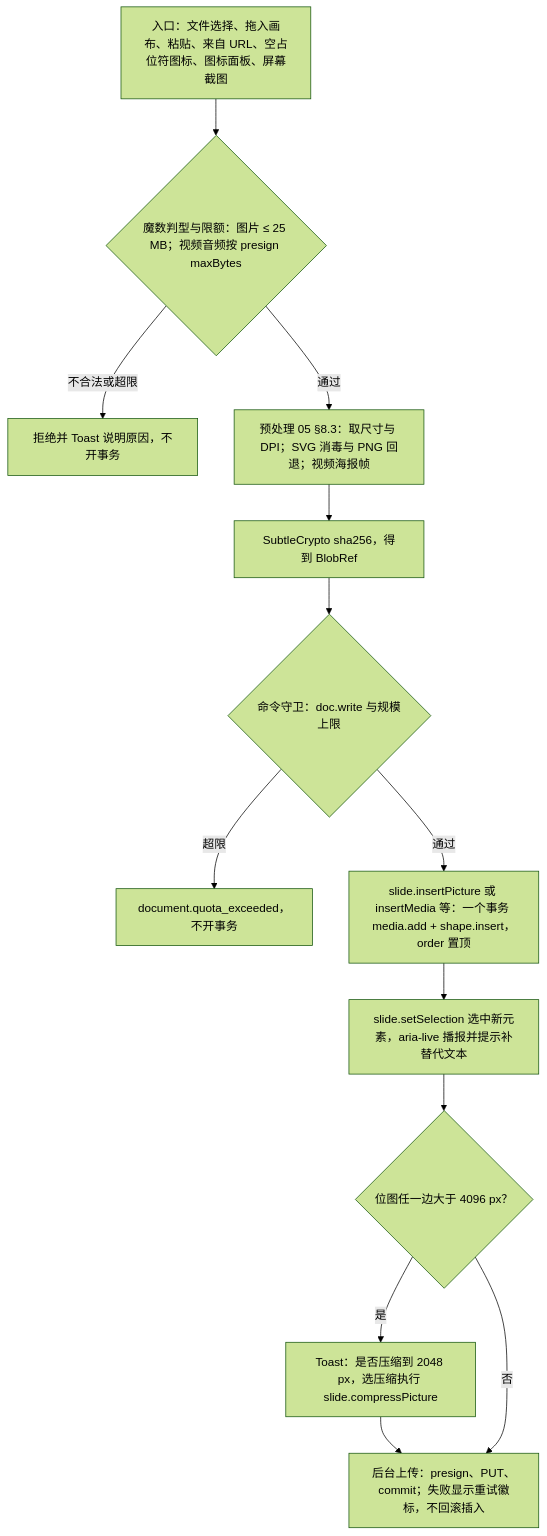
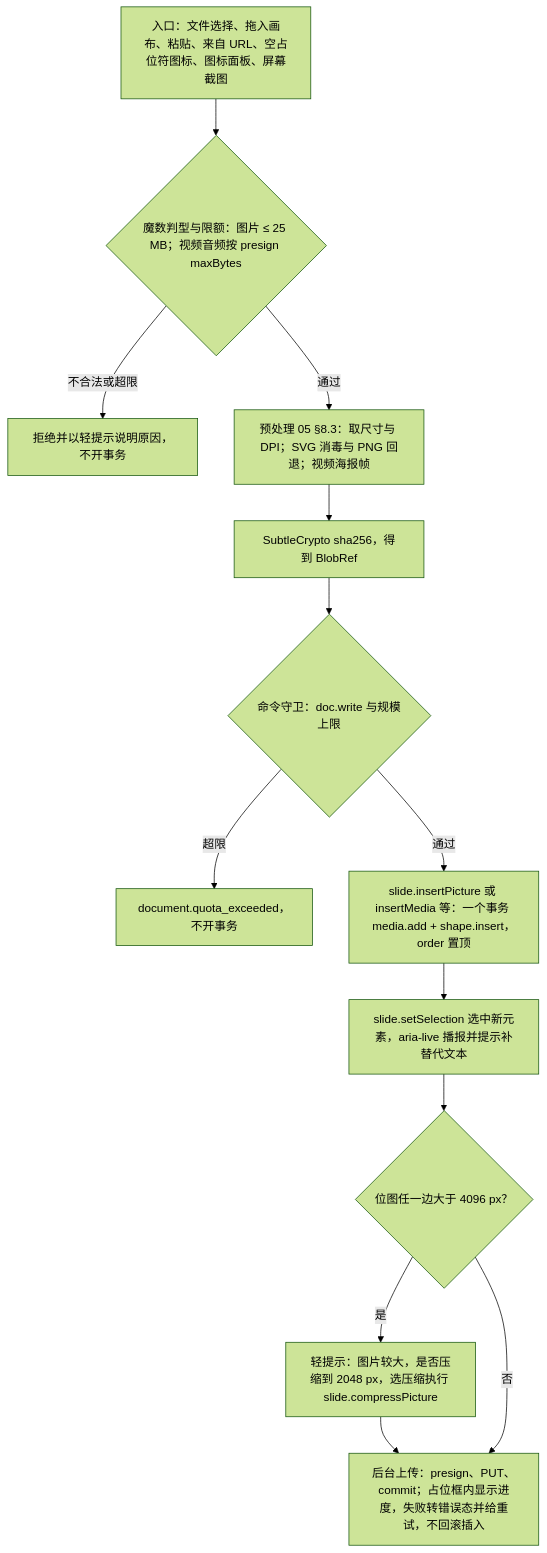
One commit to Xeonice/cordis-ppt-editor changed the first of 12 diagrams in docs/50-frontend/23-elements-media.md. Above: the diagram before and after it, drawn with Mermaid (forest theme). The commit also changed other lines of this file and 25 other files, not shown here.

````diff
--- a/docs/50-frontend/23-elements-media.md
+++ b/docs/50-frontend/23-elements-media.md
@@ -71,22 +71,22 @@
 ```mermaid
 flowchart TB
   src["入口：文件选择、拖入画布、粘贴、来自 URL、空占位符图标、图标面板、屏幕截图"]
   sniff{"魔数判型与限额：图片 ≤ 25 MB；视频音频按 presign maxBytes"}
-  reject["拒绝并 Toast 说明原因，不开事务"]
+  reject["拒绝并以轻提示说明原因，不开事务"]
   pre["预处理 05 §8.3：取尺寸与 DPI；SVG 消毒与 PNG 回退；视频海报帧"]
   hash["SubtleCrypto sha256，得到 BlobRef"]
   guard{"命令守卫：doc.write 与规模上限"}
   quota["document.quota_exceeded，不开事务"]
   cmd["slide.insertPicture 或 insertMedia 等：一个事务 media.add + shape.insert，order 置顶"]
   sel["slide.setSelection 选中新元素，aria-live 播报并提示补替代文本"]
   big{"位图任一边大于 4096 px？"}
-  ask["Toast：是否压缩到 2048 px，选压缩执行 slide.compressPicture"]
-  up["后台上传：presign、PUT、commit；失败显示重试徽标，不回滚插入"]
+  ask["轻提示：图片较大，是否压缩到 2048 px，选压缩执行 slide.compressPicture"]
+  up["后台上传：presign、PUT、commit；占位框内显示进度，失败转错误态并给重试，不回滚插入"]
   src --> sniff
   sniff -- "不合法或超限" --> reject
   sniff -- "通过" --> pre --> hash --> guard
   guard -- "超限" --> quota
   guard -- "通过" --> cmd --> sel --> big
   big -- "是" --> ask --> up
   big -- "否" --> up
 ```
````
